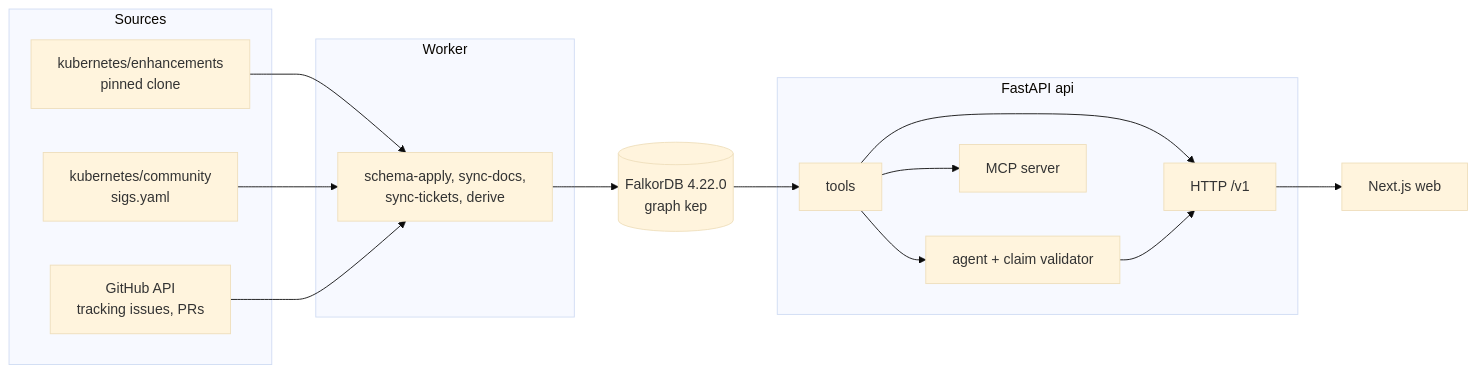
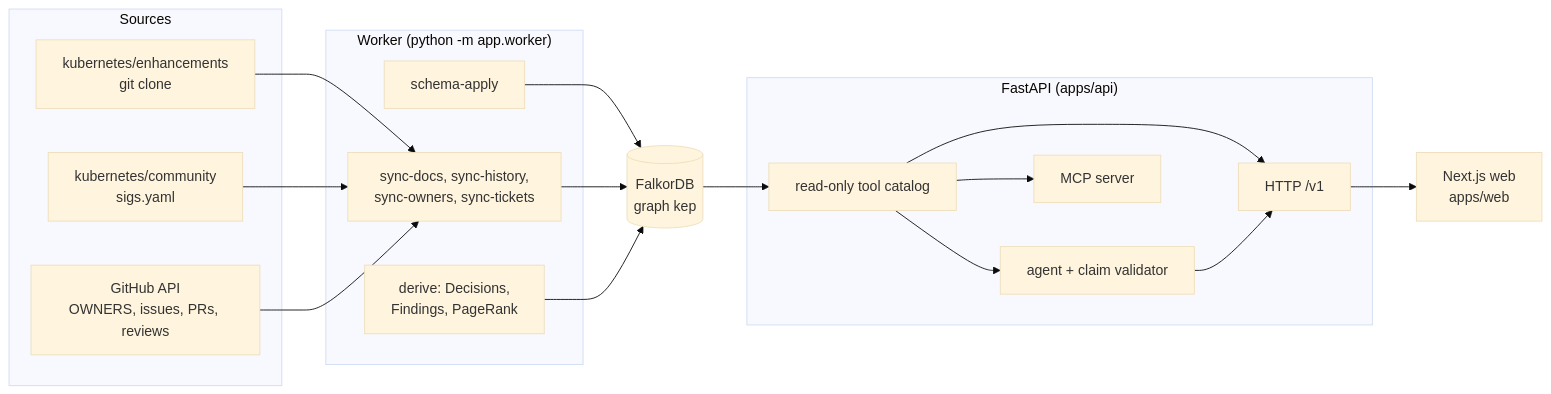
The diagram in README.md (akshat-lakhera/kep-brain), drawn with Mermaid (base theme) before and after one commit. The commit also changed other lines of this file and 23 other files, not shown here.

````diff
--- a/README.md
+++ b/README.md
@@ -40,29 +60,33 @@
 ```mermaid
 flowchart LR
     subgraph Sources
-        ENH[kubernetes/enhancements<br/>pinned clone]
+        ENH[kubernetes/enhancements<br/>git clone]
         COM[kubernetes/community<br/>sigs.yaml]
-        GH[GitHub API<br/>tracking issues, PRs]
+        GH[GitHub API<br/>OWNERS, issues, PRs, reviews]
     end
-    subgraph Worker
-        W[schema-apply, sync-docs,<br/>sync-tickets, derive]
+    subgraph Worker["Worker (python -m app.worker)"]
+        W1[schema-apply]
+        W2[sync-docs, sync-history,<br/>sync-owners, sync-tickets]
+        W3[derive: Decisions,<br/>Findings, PageRank]
     end
-    DB[(FalkorDB 4.22.0<br/>graph kep)]
-    subgraph API[FastAPI api]
-        T[tools]
+    DB[(FalkorDB<br/>graph kep)]
+    subgraph API["FastAPI (apps/api)"]
+        T[read-only tool catalog]
         A[agent + claim validator]
         H[HTTP /v1]
         M[MCP server]
     end
-    WEB[Next.js web]
-    ENH --> W
-    COM --> W
-    GH --> W
-    W --> DB
+    WEB[Next.js web<br/>apps/web]
+    ENH --> W2
+    COM --> W2
+    GH --> W2
+    W1 --> DB
+    W2 --> DB
+    W3 --> DB
     DB --> T
     T --> A
     T --> H
     T --> M
     A --> H
     H --> WEB
 ```
````
